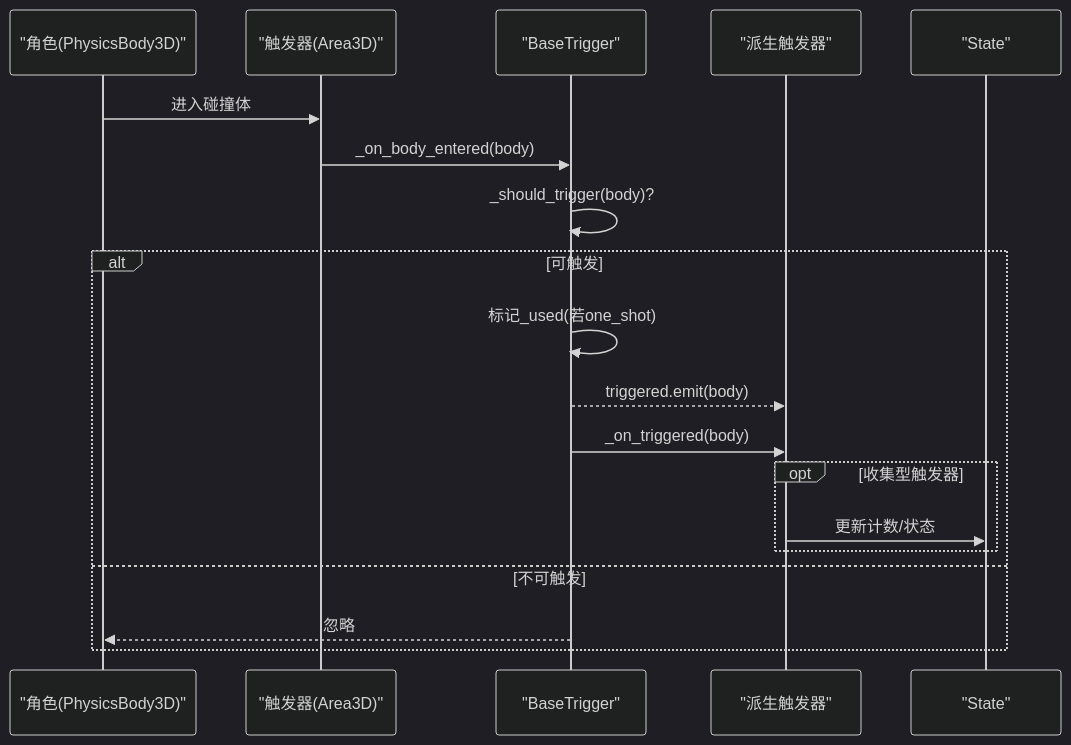
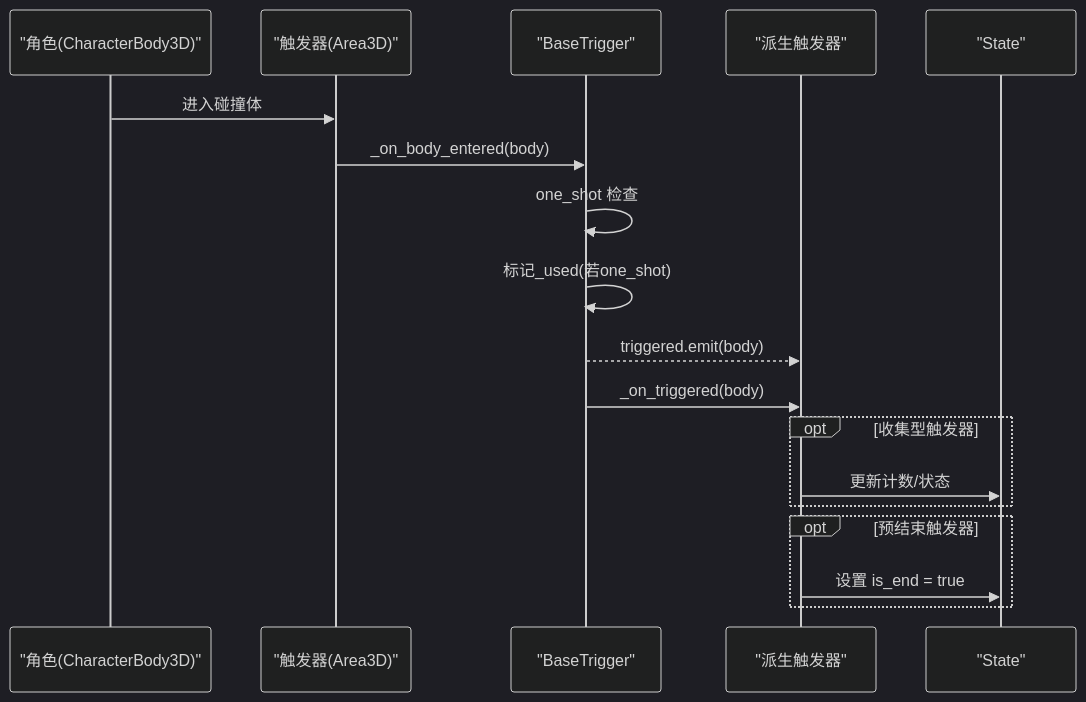
One commit to godotline/godot-line changed the second of 11 diagrams in .qoder/repowiki/zh/content/游戏系统/触发器系统/触发器系统.md. Above: the diagram before and after it, drawn with Mermaid (dark theme). The commit also changed other lines of this file and 10 other files, not shown here.

````diff
--- a/.qoder/repowiki/zh/content/游戏系统/触发器系统/触发器系统.md
+++ b/.qoder/repowiki/zh/content/游戏系统/触发器系统/触发器系统.md
@@ -167,21 +154,20 @@
 ```mermaid
 sequenceDiagram
-participant Player as "角色(PhysicsBody3D)"
+participant Player as "角色(CharacterBody3D)"
 participant Trigger as "触发器(Area3D)"
 participant Base as "BaseTrigger"
 participant Child as "派生触发器"
 participant State as "State"
 Player->>Trigger : 进入碰撞体
 Trigger->>Base : _on_body_entered(body)
-Base->>Base : _should_trigger(body)?
-alt 可触发
+Base->>Base : one_shot 检查
 Base->>Base : 标记_used(若one_shot)
 Base-->>Child : triggered.emit(body)
 Base->>Child : _on_triggered(body)
 opt 收集型触发器
 Child->>State : 更新计数/状态
 end
-else 不可触发
-Base-->>Player : 忽略
+opt 预结束触发器
+Child->>State : 设置 is_end = true
 end
 ```
````
